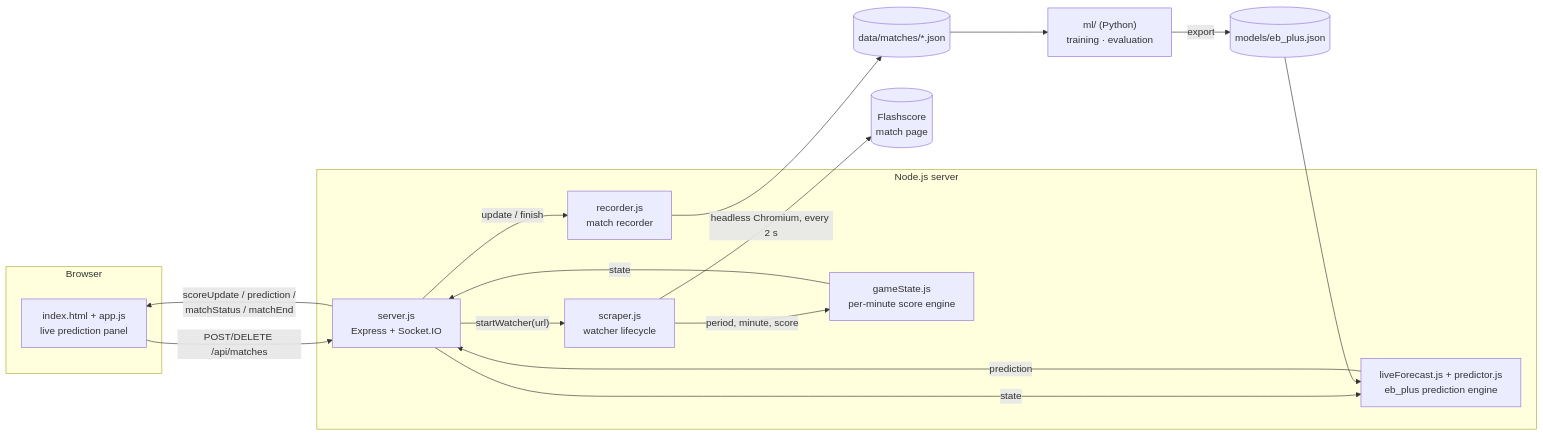
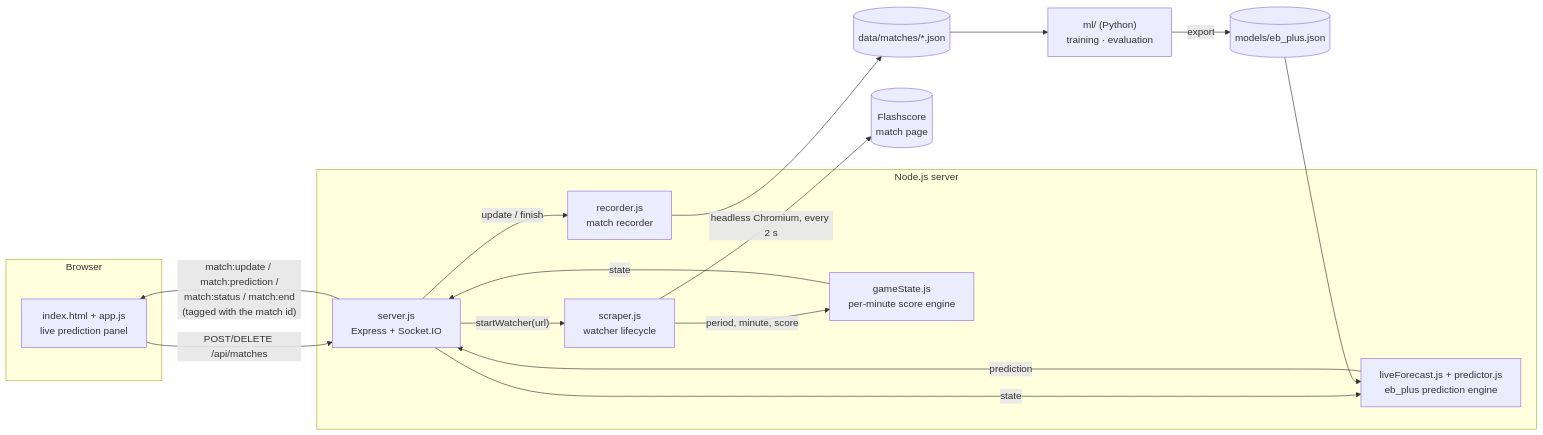
The first of 3 diagrams in README.md (aral-by/basketscrape), drawn with Mermaid before and after one commit. The commit also changed other lines of this file and 3 other files, not shown here.

````diff
--- a/README.md
+++ b/README.md
@@ -25,34 +25,34 @@
 ```mermaid
 flowchart LR
     subgraph Browser
         ANA["index.html + app.js<br/>live prediction panel"]
     end
 
     subgraph Node["Node.js server"]
         SRV["server.js<br/>Express + Socket.IO"]
         WAT["scraper.js<br/>watcher lifecycle"]
         SB["gameState.js<br/>per-minute score engine"]
         REC["recorder.js<br/>match recorder"]
         PRD["liveForecast.js + predictor.js<br/>eb_plus prediction engine"]
     end
 
     MODEL[("models/eb_plus.json")]
 
     FS[("Flashscore<br/>match page")]
     DATA[("data/matches/*.json")]
     ML["ml/ (Python)<br/>training · evaluation"]
 
     ANA -- "POST/DELETE /api/matches" --> SRV
     SRV -- "startWatcher(url)" --> WAT
     WAT -- "headless Chromium, every 2 s" --> FS
     WAT -- "period, minute, score" --> SB
     SB -- "state" --> SRV
     SRV -- "state" --> PRD
     MODEL --> PRD
     PRD -- "prediction" --> SRV
-    SRV -- "scoreUpdate / prediction /<br/>matchStatus / matchEnd" --> ANA
+    SRV -- "match:update / match:prediction /<br/>match:status / match:end<br/>(tagged with the match id)" --> ANA
     SRV -- "update / finish" --> REC
     REC --> DATA
     DATA --> ML
     ML -- "export" --> MODEL
 ```
````
